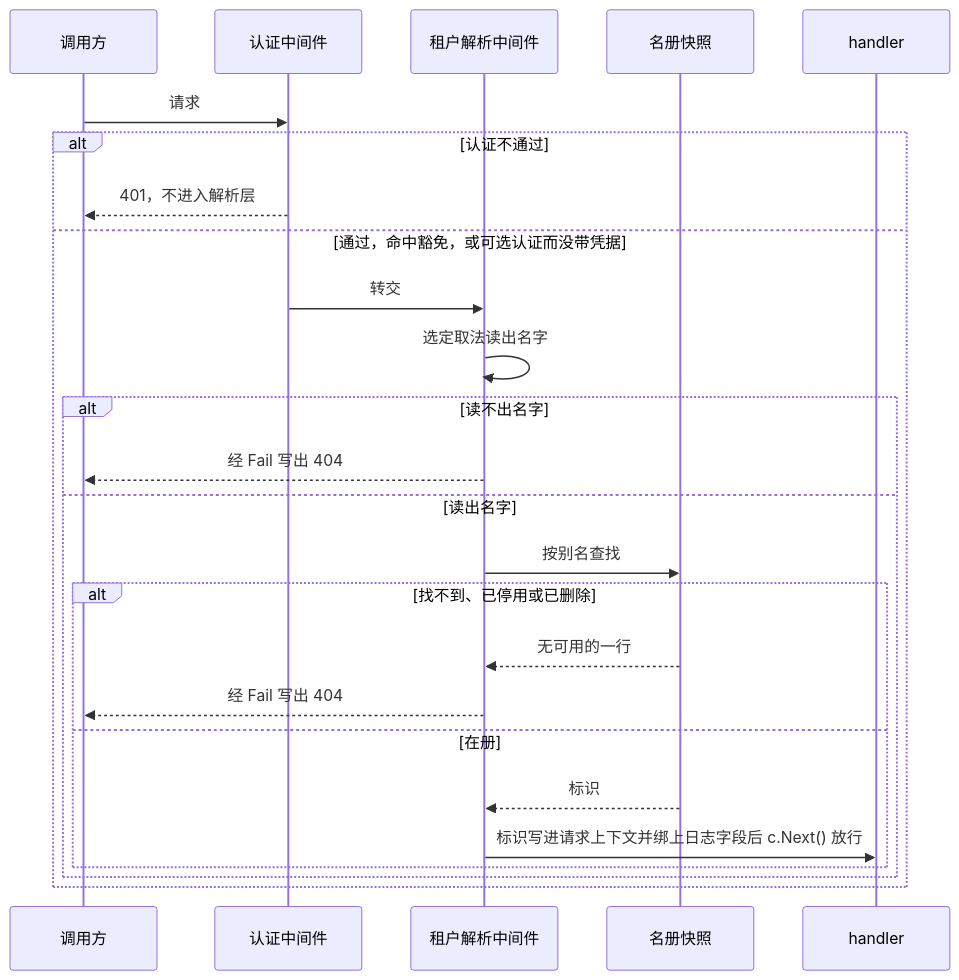
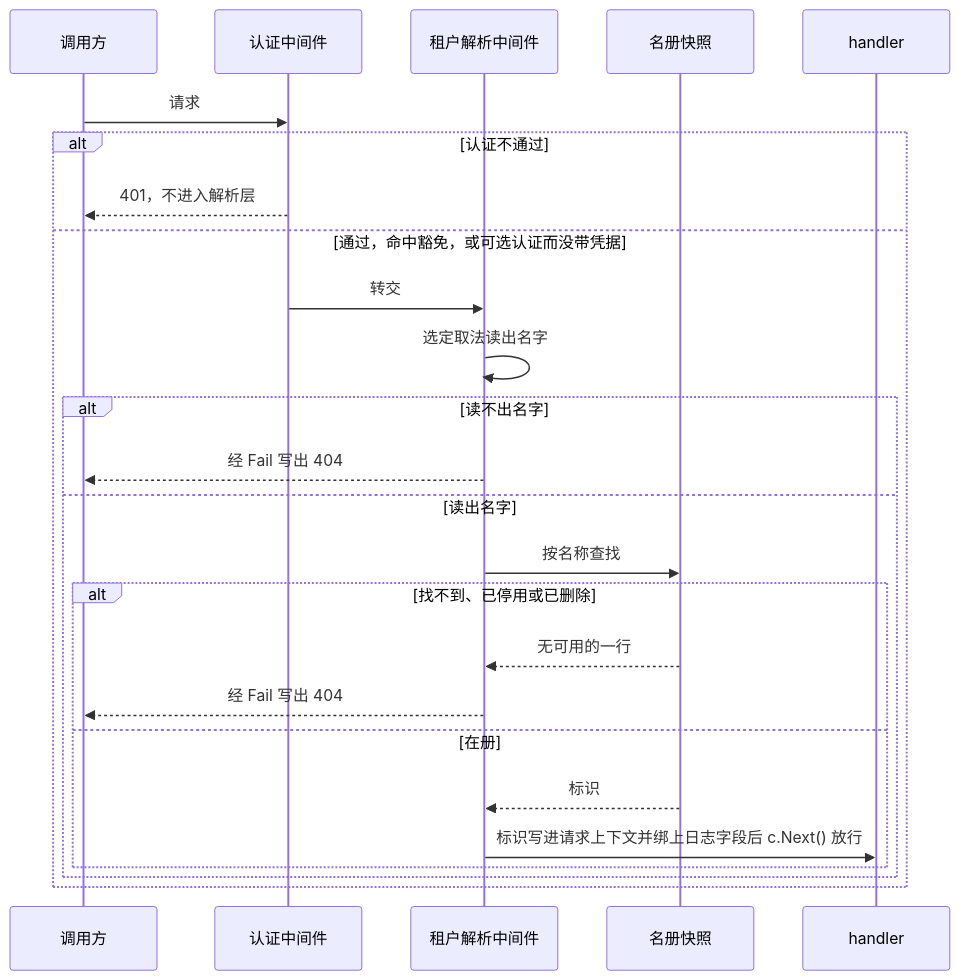
Before and after one commit to wangzw/speed: the second of 5 diagrams in docs/design/modules/tenant/design-tenant.md, drawn with Mermaid. The commit also changed other lines of this file and 300 other files, not shown here.

````diff
--- a/docs/design/modules/tenant/design-tenant.md
+++ b/docs/design/modules/tenant/design-tenant.md
@@ -579,28 +579,28 @@
 ```mermaid
 sequenceDiagram
     participant C as 调用方
     participant A as 认证中间件
     participant R as 租户解析中间件
     participant S as 名册快照
     participant H as handler
 
     C->>A: 请求
     alt 认证不通过
         A-->>C: 401，不进入解析层
     else 通过，命中豁免，或可选认证而没带凭据
         A->>R: 转交
         R->>R: 选定取法读出名字
         alt 读不出名字
             R-->>C: 经 Fail 写出 404
         else 读出名字
-            R->>S: 按别名查找
+            R->>S: 按名称查找
             alt 找不到、已停用或已删除
                 S-->>R: 无可用的一行
                 R-->>C: 经 Fail 写出 404
             else 在册
                 S-->>R: 标识
                 R->>H: 标识写进请求上下文并绑上日志字段后 c.Next() 放行
             end
         end
     end
 ```
````
